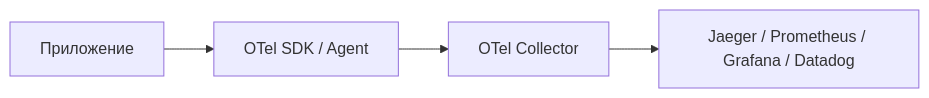
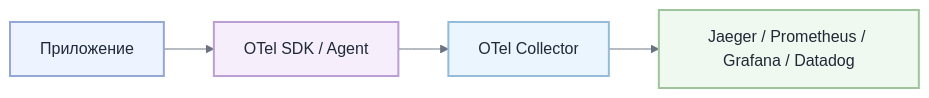
The seventh of 7 diagrams in docs/interview/cicd.md (MishaSytch/middle_java_back), drawn with Mermaid before and after one commit. The commit also changed other lines of this file and 15 other files, not shown here.

````diff
--- a/docs/interview/cicd.md
+++ b/docs/interview/cicd.md
@@ -947,6 +1007,15 @@
 ```mermaid
+%%{init: { 'theme': 'neutral', 'themeVariables': { 'primaryColor': '#ffffff', 'primaryTextColor': '#1f2937', 'lineColor': '#6b7280', 'primaryBorderColor': '#d1d5db', 'secondaryColor': '#f3f4f6', 'tertiaryColor': '#e5e7eb' } } }%%
 flowchart LR
     App[Приложение] --> SDK[OTel SDK / Agent]
     SDK --> Collector[OTel Collector]
     Collector --> Backend[Jaeger / Prometheus / Grafana / Datadog]
+    classDef n0 fill:#eef4ff,stroke:#93a8d4,stroke-width:2px,color:#1f2937
+    classDef n1 fill:#f6eefa,stroke:#bb9ed4,stroke-width:2px,color:#1f2937
+    classDef n2 fill:#eaf5fd,stroke:#94bcd8,stroke-width:2px,color:#1f2937
+    classDef n3 fill:#f0f9ef,stroke:#9dc49a,stroke-width:2px,color:#1f2937
+    class App n0
+    class SDK n1
+    class Collector n2
+    class Backend n3
 ```
````
